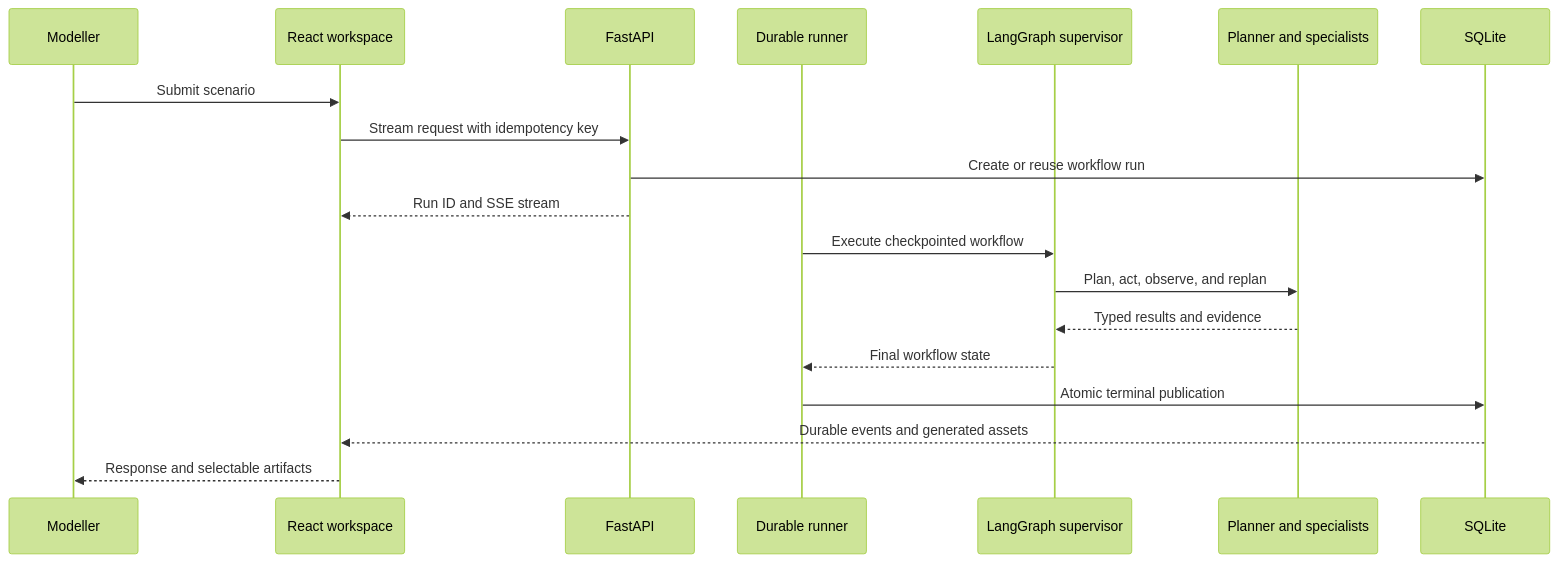
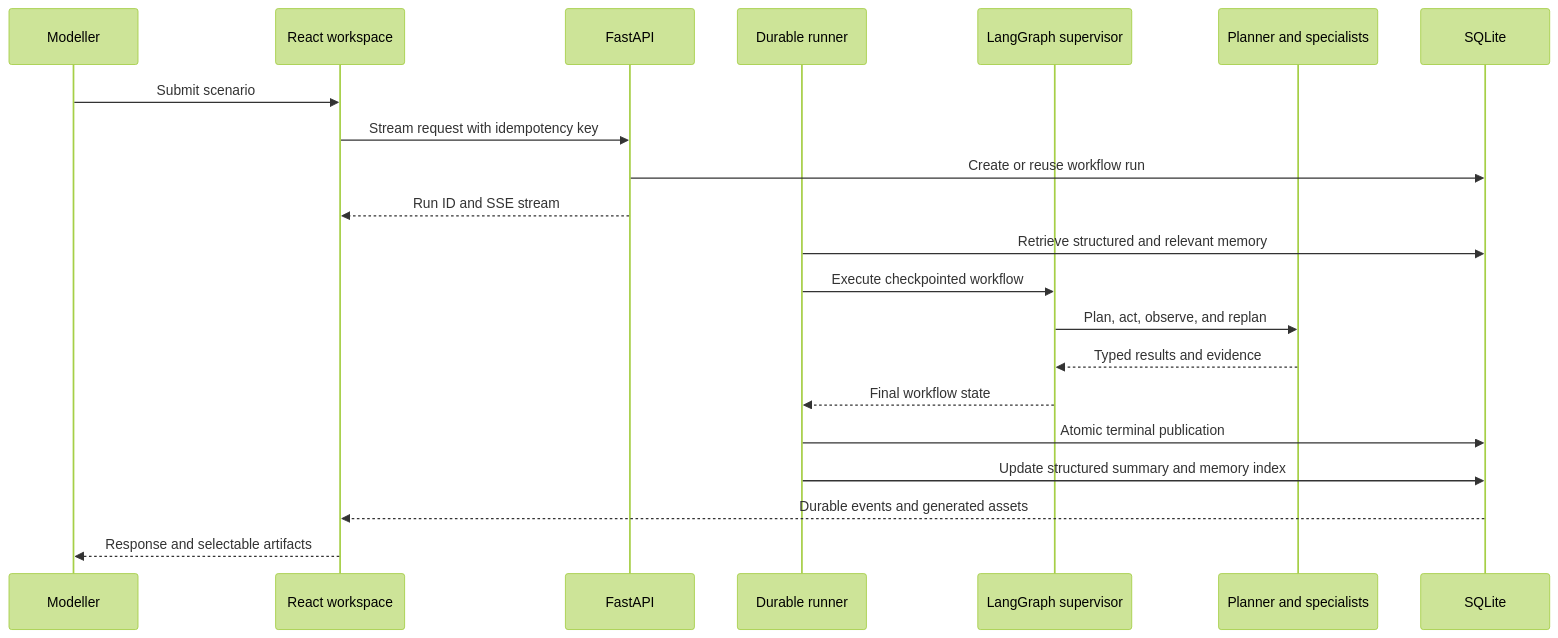
The second of 4 diagrams in README.md (venkatesh27das/ai_for_data_platform), drawn with Mermaid (forest theme) before and after one commit. The commit also changed other lines of this file and 19 other files, not shown here.

````diff
--- a/README.md
+++ b/README.md
@@ -401,22 +414,24 @@
 ```mermaid
 sequenceDiagram
   participant U as Modeller
   participant W as React workspace
   participant A as FastAPI
   participant R as Durable runner
   participant G as LangGraph supervisor
   participant P as Planner and specialists
   participant D as SQLite
 
   U->>W: Submit scenario
   W->>A: Stream request with idempotency key
   A->>D: Create or reuse workflow run
   A-->>W: Run ID and SSE stream
+  R->>D: Retrieve structured and relevant memory
   R->>G: Execute checkpointed workflow
   G->>P: Plan, act, observe, and replan
   P-->>G: Typed results and evidence
   G-->>R: Final workflow state
   R->>D: Atomic terminal publication
+  R->>D: Update structured summary and memory index
   D-->>W: Durable events and generated assets
   W-->>U: Response and selectable artifacts
 ```
````
